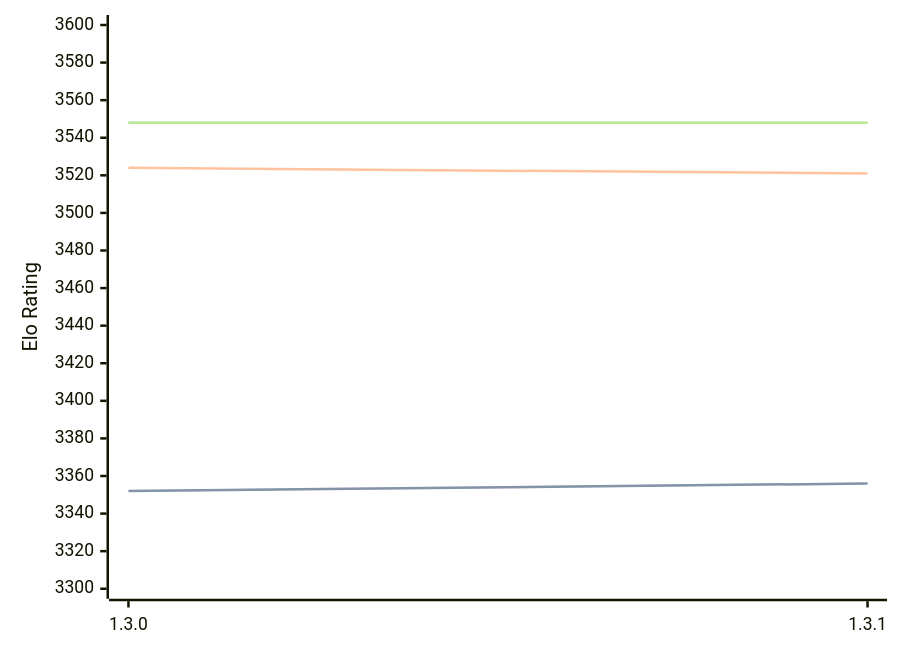
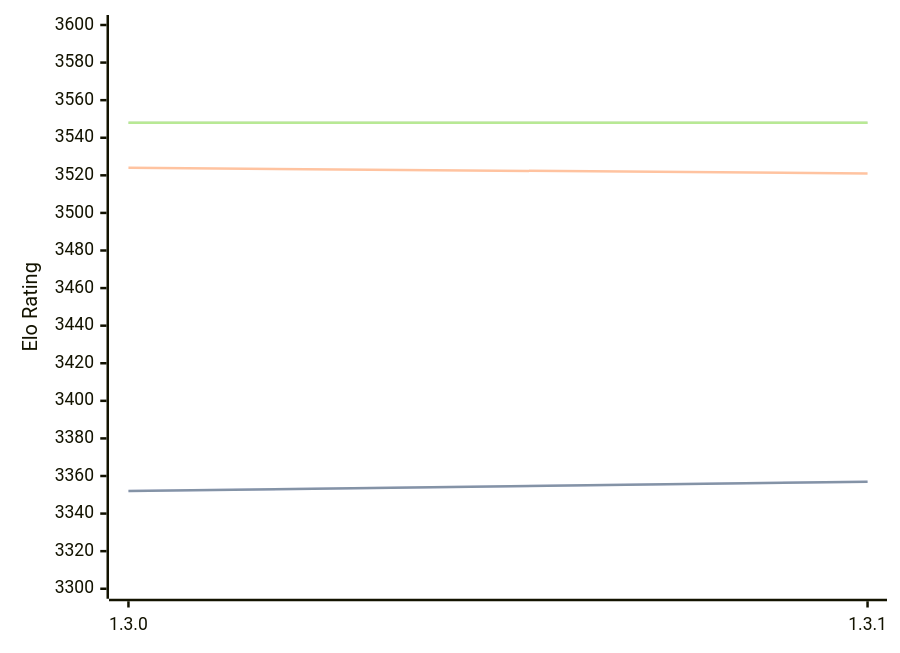
Before and after one commit to computer-chess-index/cci: the diagram in engines/Renegade.md, drawn with Mermaid. The commit also changed other lines of this file, not shown here.

````diff
--- a/engines/Renegade.md
+++ b/engines/Renegade.md
@@ -33,11 +33,11 @@
 ```mermaid
 %%{init: {"theme":"base","themeVariables":{"seriesColors:['#a3a3a3','#222221','#faa371']}}}%%
 xychart-beta
   x-axis ["1.3.0", "1.3.1"]
   y-axis "Elo Rating" 3300 --> 3600
-  line "" [3352, 3356]
-  line "STC (8.0+0.08s)" [3352, 3356]
+  line "" [3352, 3357]
+  line "STC (8.0+0.08s)" [3352, 3357]
   line "LTC (60.0+0.60s)" [3524, 3521]
   line "" [3548, 3548]
   line "VLTC (2m24s+1.12s)" [3548, 3548]
 ```
````
